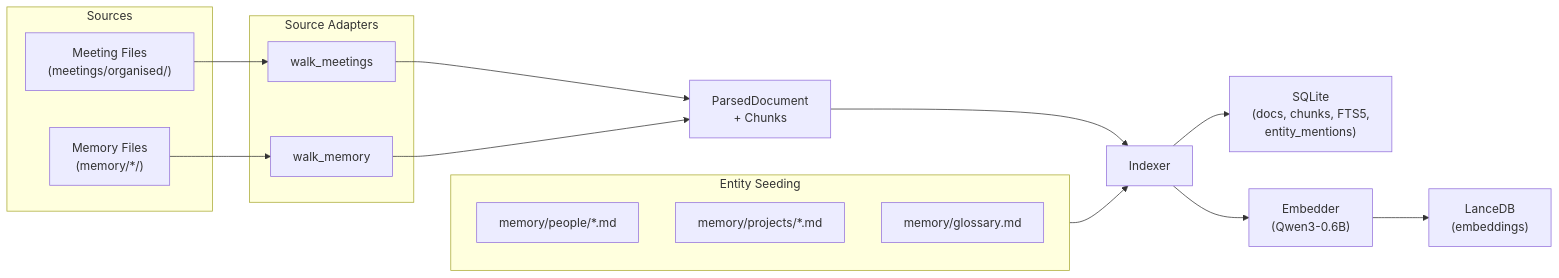
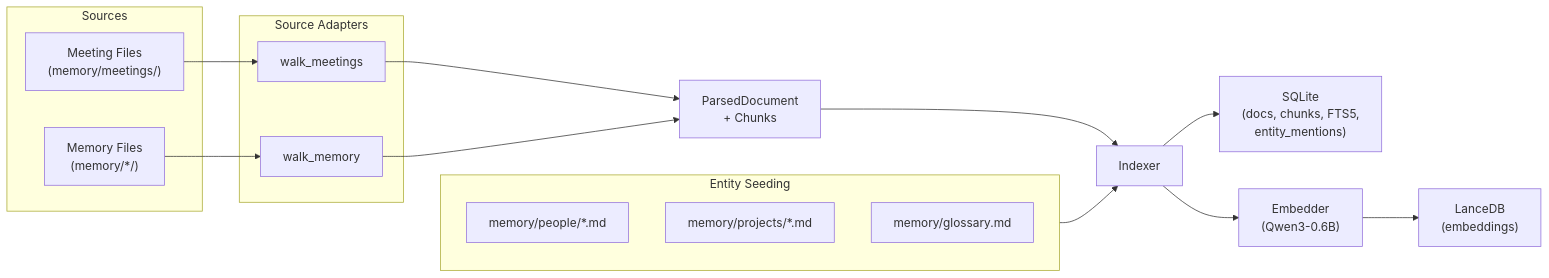
Before and after one commit to tenfourty/kbx: the second of 3 diagrams in docs/architecture.md, drawn with Mermaid. The commit also changed other lines of this file and 16 other files, not shown here.

First line of the commit message:
refactor: move meetings from meetings/organised/ to memory/meetings/

````diff
--- a/docs/architecture.md
+++ b/docs/architecture.md
@@ -138,31 +138,31 @@
 ```mermaid
 flowchart LR
     subgraph Sources
-        MF["Meeting Files<br/>(meetings/organised/)"]
+        MF["Meeting Files<br/>(memory/meetings/)"]
         MM["Memory Files<br/>(memory/*/)"]
     end
 
     subgraph Adapters["Source Adapters"]
         WM["walk_meetings"]
         WMem["walk_memory"]
     end
 
     MF --> WM
     MM --> WMem
 
     WM --> PD["ParsedDocument<br/>+ Chunks"]
     WMem --> PD
 
     subgraph Seed["Entity Seeding"]
         PPL["memory/people/*.md"]
         PRJ["memory/projects/*.md"]
         GLO["memory/glossary.md"]
     end
 
     PD --> IDX["Indexer"]
     Seed --> IDX
 
     IDX --> SQL["SQLite<br/>(docs, chunks, FTS5,<br/>entity_mentions)"]
     IDX --> EMB["Embedder<br/>(Qwen3-0.6B)"]
     EMB --> LDB["LanceDB<br/>(embeddings)"]
 ```
````
